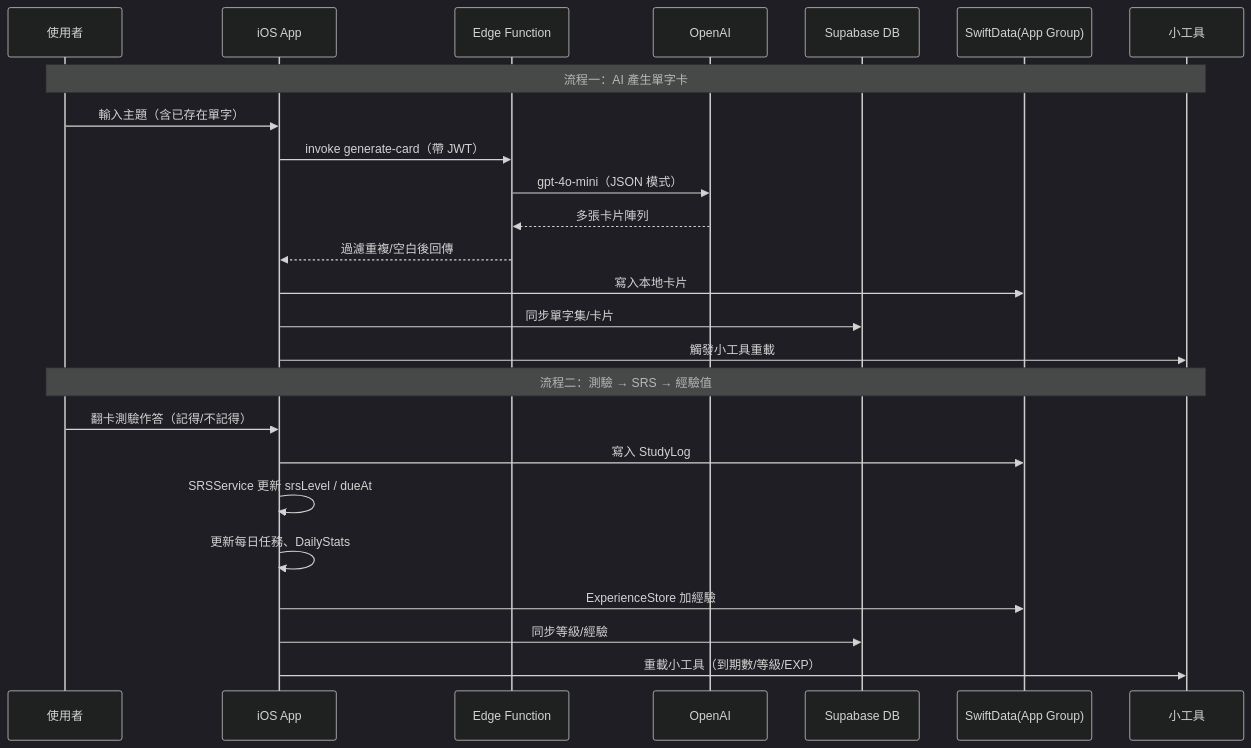
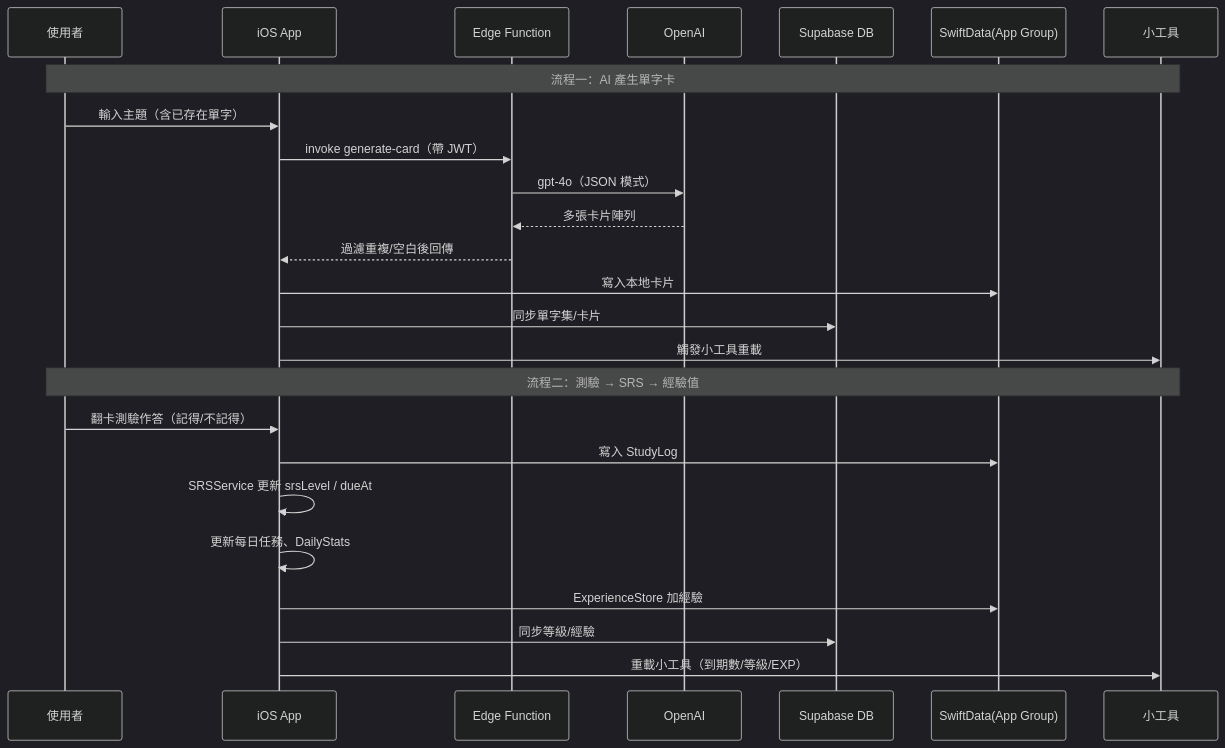
One commit to JustinLu090/KnowledgeBit changed the second of 2 diagrams in 競賽報告.md. Above: the diagram before and after it, drawn with Mermaid (dark theme). The commit also changed other lines of this file and 8 other files, not shown here.

````diff
--- a/競賽報告.md
+++ b/競賽報告.md
@@ -203,29 +195,29 @@
 ```mermaid
 sequenceDiagram
     participant U as 使用者
     participant App as iOS App
     participant EF as Edge Function
     participant AI as OpenAI
     participant DB as Supabase DB
     participant SD as SwiftData(App Group)
     participant W as 小工具
 
     Note over U,W: 流程一：AI 產生單字卡
     U->>App: 輸入主題（含已存在單字）
     App->>EF: invoke generate-card（帶 JWT）
-    EF->>AI: gpt-4o-mini（JSON 模式）
+    EF->>AI: gpt-4o（JSON 模式）
     AI-->>EF: 多張卡片陣列
     EF-->>App: 過濾重複/空白後回傳
     App->>SD: 寫入本地卡片
     App->>DB: 同步單字集/卡片
     App->>W: 觸發小工具重載
 
     Note over U,W: 流程二：測驗 → SRS → 經驗值
     U->>App: 翻卡測驗作答（記得/不記得）
     App->>SD: 寫入 StudyLog
     App->>App: SRSService 更新 srsLevel / dueAt
     App->>App: 更新每日任務、DailyStats
     App->>SD: ExperienceStore 加經驗
     App->>DB: 同步等級/經驗
     App->>W: 重載小工具（到期數/等級/EXP）
 ```
````
